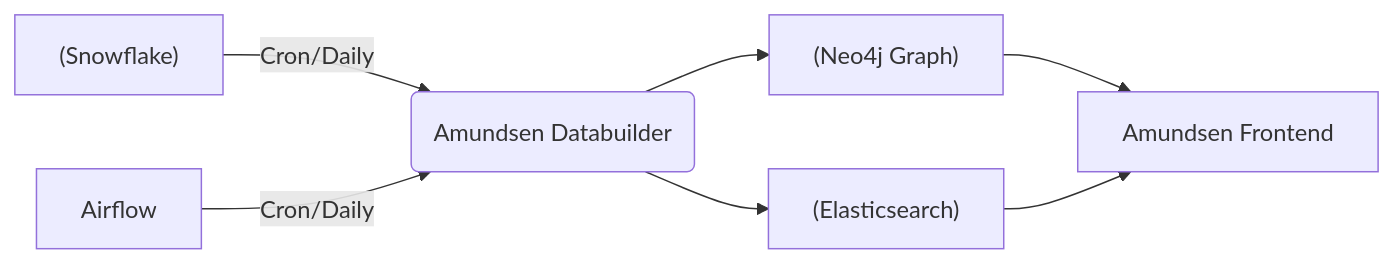
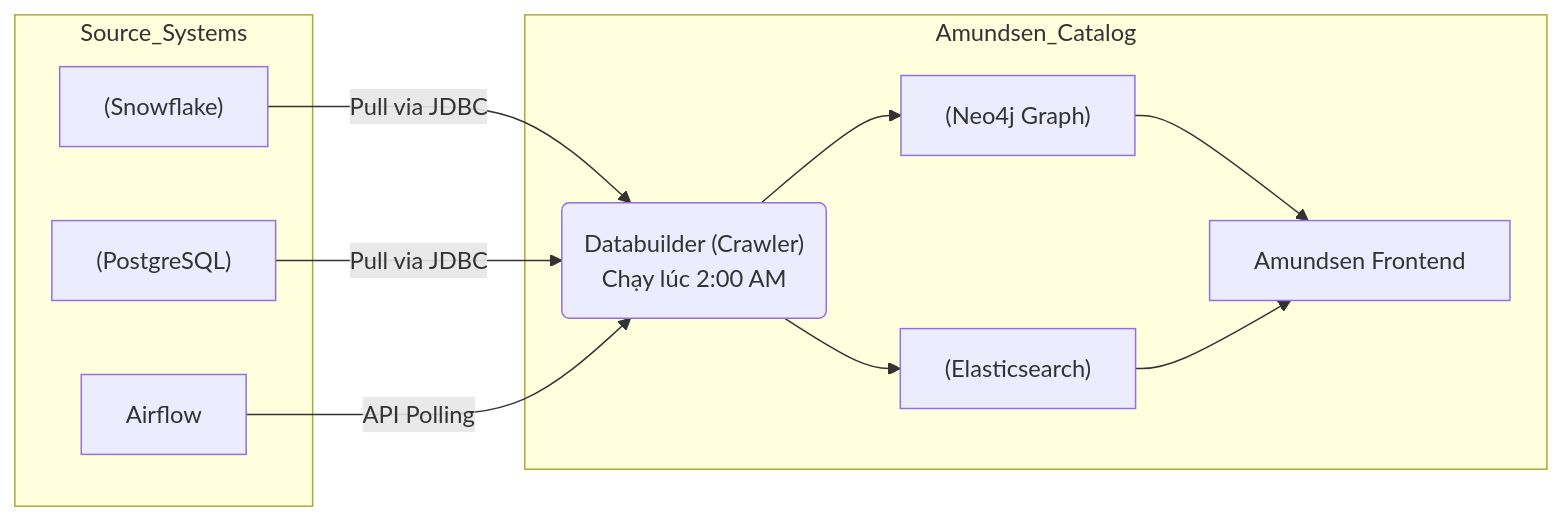
The first of 2 diagrams in src/content/docs/concepts/8-security-governance-finops/data-catalog.md (kythuatdulieu/kythuatdulieu.github.io), drawn with Mermaid before and after one commit. The commit also changed other lines of this file and 228 other files, not shown here.

Commit message:
Fix syntax and rewrite 200+ concepts docs to deep-dive system architecture and add GA4 tracking to quiz app

````diff
--- a/src/content/docs/concepts/8-security-governance-finops/data-catalog.md
+++ b/src/content/docs/concepts/8-security-governance-finops/data-catalog.md
@@ -36,9 +34,24 @@
 ```mermaid
 graph LR
-    A["(Snowflake)"] -->|Cron/Daily| B("Amundsen Databuilder")
-    C["Airflow"] -->|Cron/Daily| B
-    B --> D["(Neo4j Graph)"]
-    B --> E["(Elasticsearch)"]
-    D --> F["Amundsen Frontend"]
-    E --> F
+    subgraph Source_Systems
+        A["(Snowflake)"]
+        B["(PostgreSQL)"]
+        C["Airflow"]
+    end
+    
+    subgraph Amundsen_Catalog
+        D("Databuilder (Crawler)\nChạy lúc 2:00 AM")
+        E["(Neo4j Graph)"]
+        F["(Elasticsearch)"]
+        G["Amundsen Frontend"]
+    end
+    
+    A -->|Pull via JDBC| D
+    B -->|Pull via JDBC| D
+    C -->|API Polling| D
+    
+    D --> E
+    D --> F
+    E --> G
+    F --> G
 ```
````
